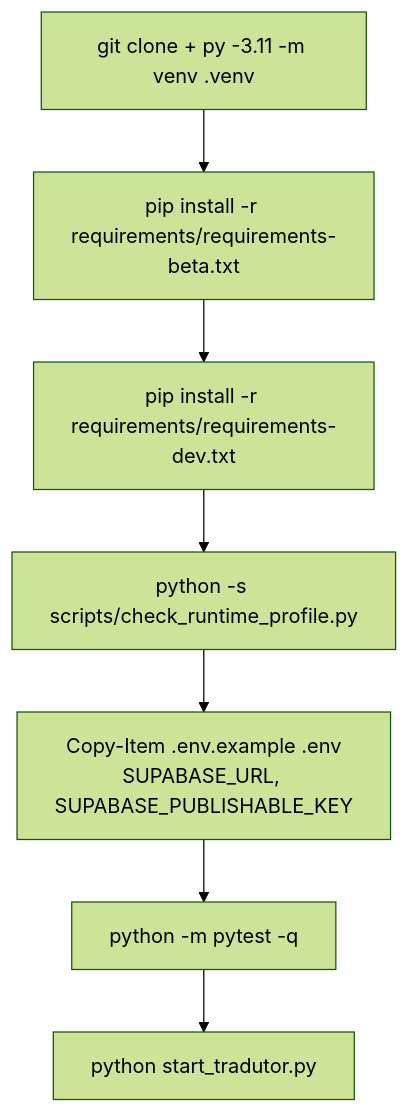
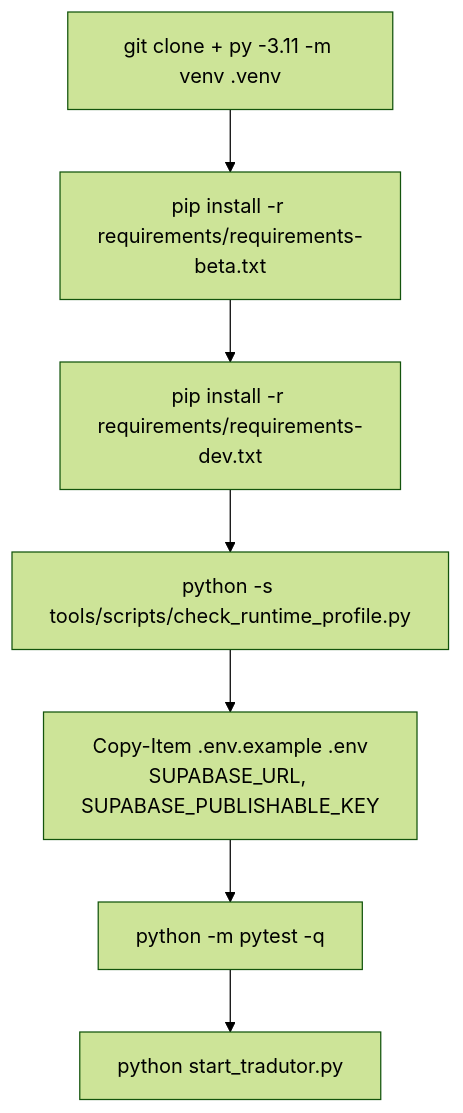
Before and after one commit to HenriquePvAr/Yomu-Sekai: the diagram in docs/DEVELOPMENT.md, drawn with Mermaid (forest theme). The commit also changed other lines of this file and 35 other files, not shown here.

Commit message:
refactor(layout): move scripts under tools

````diff
--- a/docs/DEVELOPMENT.md
+++ b/docs/DEVELOPMENT.md
@@ -61,9 +61,9 @@
 ```mermaid
 flowchart TD
     A["git clone + py -3.11 -m venv .venv"] --> B["pip install -r requirements/requirements-beta.txt"]
     B --> C["pip install -r requirements/requirements-dev.txt"]
-    C --> D["python -s scripts/check_runtime_profile.py"]
+    C --> D["python -s tools/scripts/check_runtime_profile.py"]
     D --> E["Copy-Item .env.example .env<br/>SUPABASE_URL, SUPABASE_PUBLISHABLE_KEY"]
     E --> F["python -m pytest -q"]
     F --> G["python start_tradutor.py"]
 ```
````
